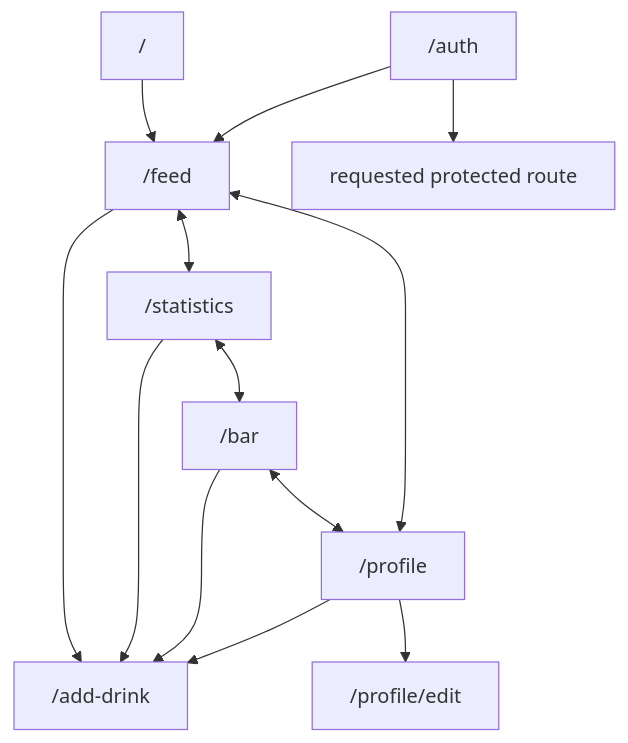
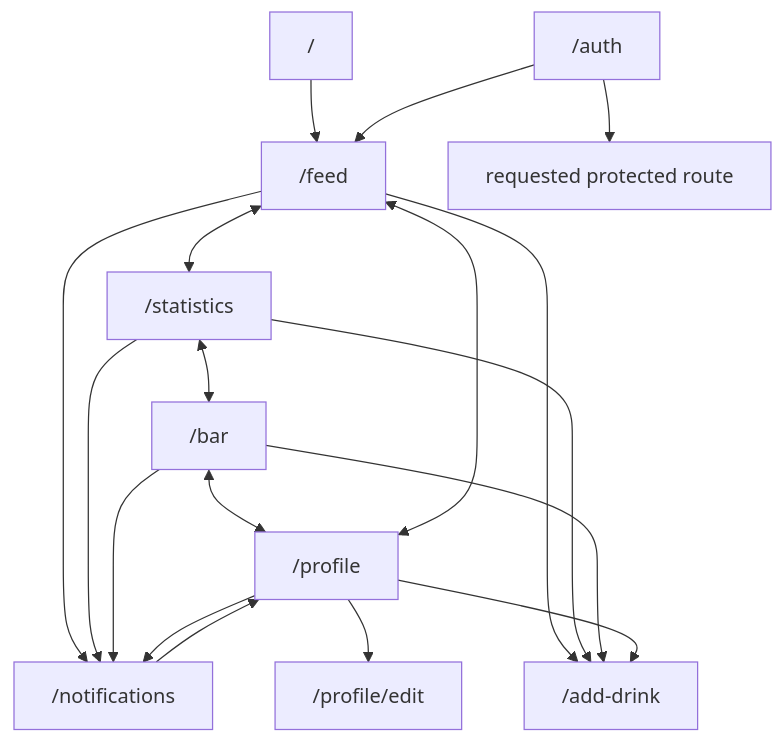
Before and after one commit to donjoergo/glasstrail: the first of 4 diagrams in README.md, drawn with Mermaid. The commit also changed other lines of this file and 52 other files, not shown here.

````diff
--- a/README.md
+++ b/README.md
@@ -53,19 +54,25 @@
 ```mermaid
 flowchart TD
     Root["/"] --> Feed["/feed"]
 
     Feed <--> Statistics["/statistics"]
     Statistics <--> Bar["/bar"]
     Bar <--> Profile["/profile"]
     Profile <--> Feed
 
     Feed --> AddDrink["/add-drink"]
     Statistics --> AddDrink
     Bar --> AddDrink
     Profile --> AddDrink
 
     Profile --> EditProfile["/profile/edit"]
 
+    Feed --> Notifications["/notifications"]
+    Statistics --> Notifications
+    Bar --> Notifications
+    Profile --> Notifications
+    Notifications --> Profile
+
     Auth["/auth"] --> Requested["requested protected route"]
     Auth --> Feed
 ```
````
